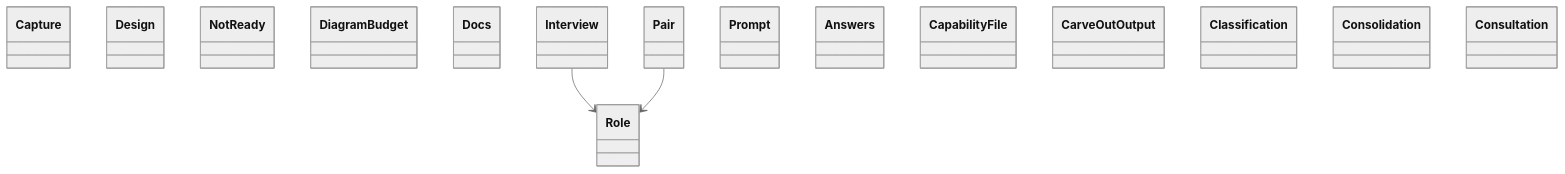
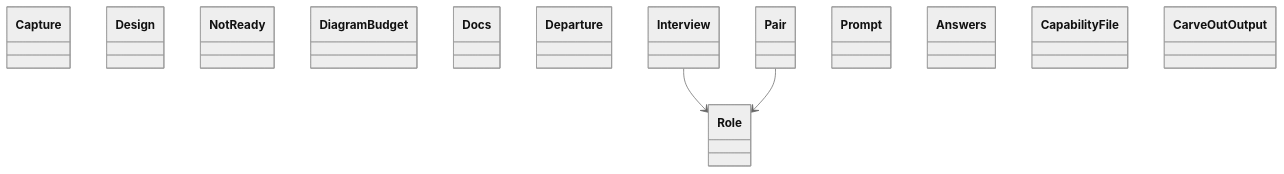
One commit to GonzaloZevallos/agentic-system changed the diagram in docs/architecture/generated/classes-process-domain-roles-1.md. Above: the diagram before and after it, drawn with Mermaid (neutral theme). The commit also changed other lines of this file and 46 other files, not shown here.

````diff
--- a/docs/architecture/generated/classes-process-domain-roles-1.md
+++ b/docs/architecture/generated/classes-process-domain-roles-1.md
@@ -28,20 +29,18 @@
 ```mermaid
 classDiagram
     class design__Capture["Capture"]
     class design__Design["Design"]
     class design__NotReady["NotReady"]
     class docs__DiagramBudget["DiagramBudget"]
     class docs__Docs["Docs"]
+    class drawing__Departure["Departure"]
     class roles__Interview["Interview"]
     class roles__Pair["Pair"]
     class roles__Prompt["Prompt"]
     class roles__Role["Role"]
     class schemas__Answers["Answers"]
     class schemas__CapabilityFile["CapabilityFile"]
     class schemas__CarveOutOutput["CarveOutOutput"]
-    class schemas__Classification["Classification"]
-    class schemas__Consolidation["Consolidation"]
-    class schemas__Consultation["Consultation"]
     roles__Interview --> roles__Role
     roles__Pair --> roles__Role
 ```
````
